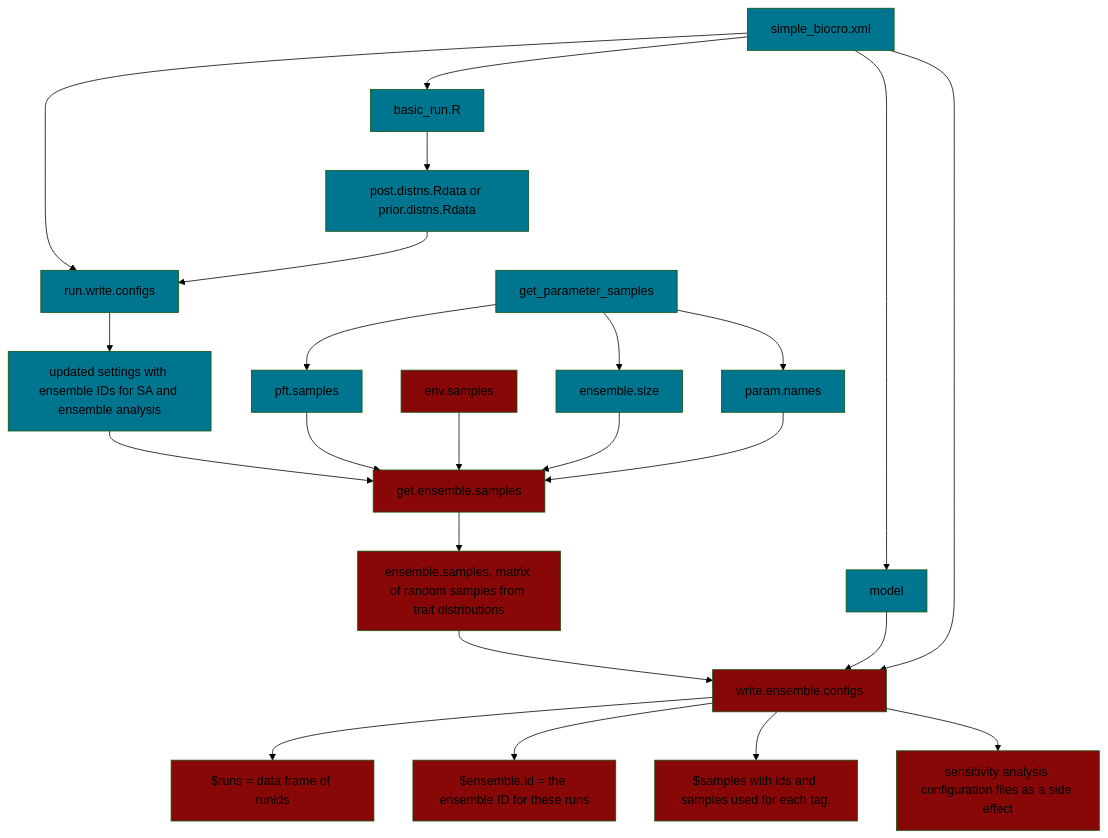
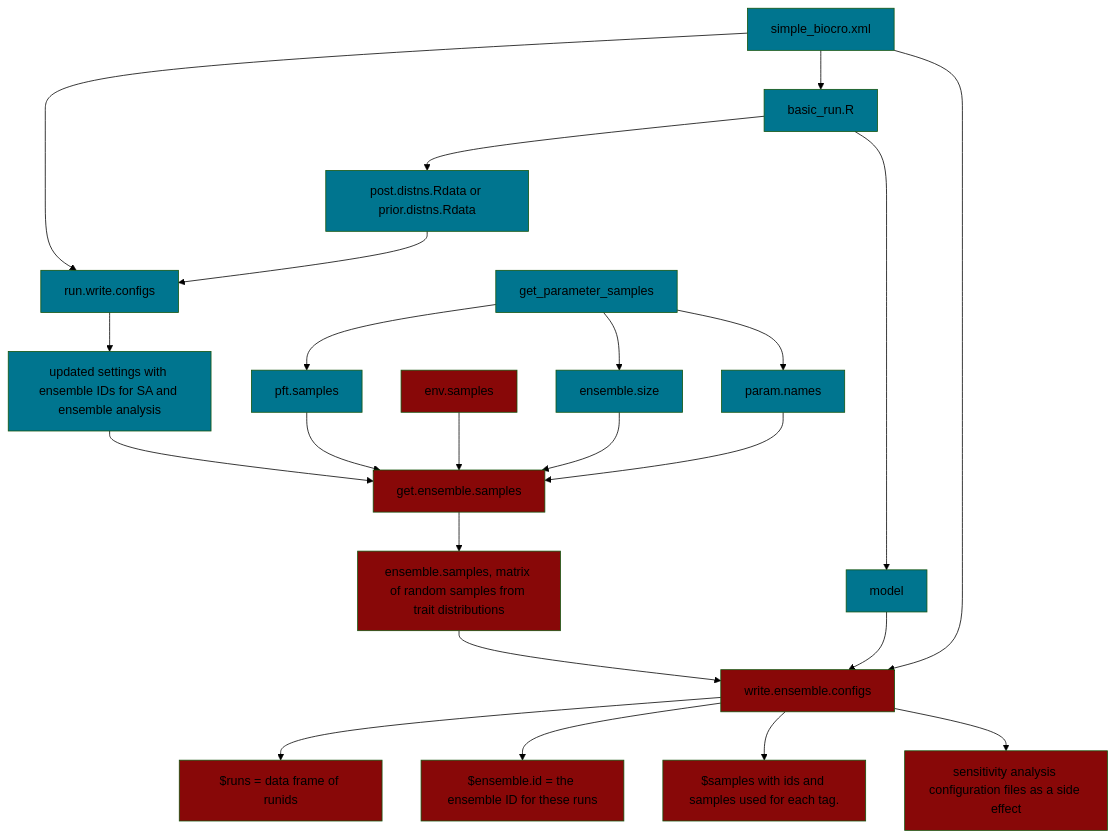
The diagram in README.md (ecamo19/gsoc_project_2022_vm), drawn with Mermaid (forest theme) before and after one commit.

````diff
--- a/README.md
+++ b/README.md
@@ -47,58 +47,60 @@
 ```mermaid
   graph TD;
       simple_biocro.xml-->run.write.configs;
       simple_biocro.xml-->basic_run.R;
-      simple_biocro.xml-->model;
+      
       
       basic_run.R-->posterior.files[post.distns.Rdata or prior.distns.Rdata];
+      basic_run.R-->model;
+      
       posterior.files[post.distns.Rdata or prior.distns.Rdata]-->run.write.configs;
       run.write.configs-->output_1[updated settings with ensemble IDs for SA and ensemble analysis ];
       output_1[updated settings with ensemble IDs for SA and ensemble analysis]-->get.ensemble.samples;
       
       input_get_ensemble_1[pft.samples]-->get.ensemble.samples;
       input_get_ensemble_2[env.samples]-->get.ensemble.samples;
       input_get_ensemble_3[ensemble.size]-->get.ensemble.samples;
       input_get_ensemble_4[param.names]-->get.ensemble.samples;
       
       get_parameter_samples-->input_get_ensemble_1[pft.samples];  
       get_parameter_samples-->input_get_ensemble_3[ensemble.size];
       get_parameter_samples-->input_get_ensemble_4[param.names];
       
       get.ensemble.samples-->output_get_ensemble[ensemble.samples, matrix of random samples from trait distributions];
       
       output_get_ensemble[ensemble.samples, matrix of random samples from trait distributions]-->write.ensemble.configs;
       model-->write.ensemble.configs;
       simple_biocro.xml-->write.ensemble.configs;
       
       write.ensemble.configs-->output_write_ensemble_1[$runs = data frame of runids];
       write.ensemble.configs-->output_write_ensemble_2[$ensemble.id = the ensemble ID for these runs];
       write.ensemble.configs-->output_write_ensemble_3[$samples with ids and samples used for each tag.];
       write.ensemble.configs-->output_write_ensemble_4[sensitivity analysis configuration files as a side effect];
       
       %% Blue color boxes
       
       style get_parameter_samples fill:#00758f
       style basic_run.R fill:#00758f
       style output_1 fill:#00758f
       style run.write.configs fill:#00758f
       style simple_biocro.xml fill:#00758f
       style posterior.files fill:#00758f
       style input_get_ensemble_1 fill:#00758f
       
       style input_get_ensemble_3 fill:#00758f
       style input_get_ensemble_4 fill:#00758f
       style model fill:#00758f 
       
       %% Red color boxes  
       
       style input_get_ensemble_2 fill:#880808
       style get.ensemble.samples fill:#880808
       style output_get_ensemble  fill:#880808 
       
       style write.ensemble.configs fill:#880808
       style output_write_ensemble_1 fill:#880808
       style output_write_ensemble_2 fill:#880808
       style output_write_ensemble_3 fill:#880808
       style output_write_ensemble_4 fill:#880808
       
 ```
````
